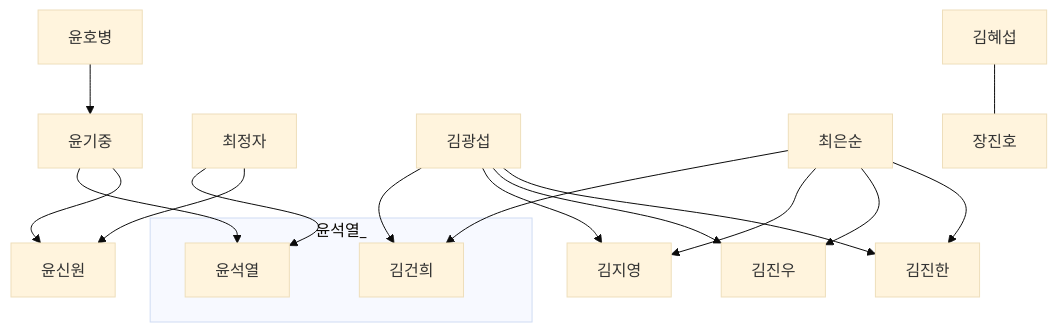
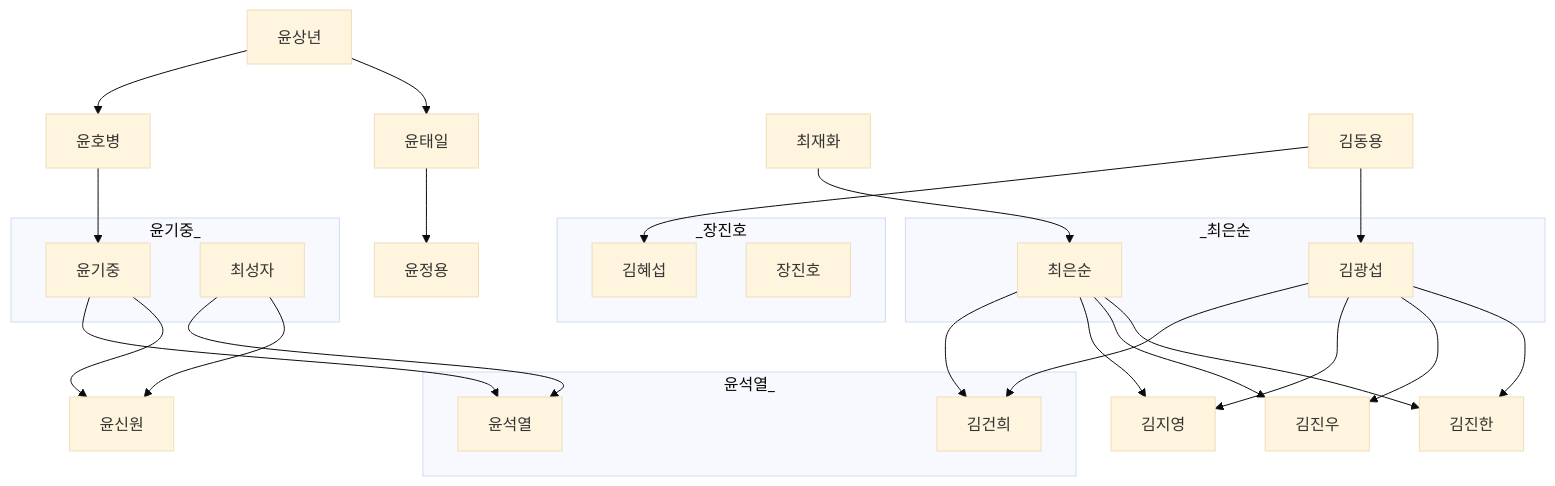
One commit to daewonyoon/historigram changed the diagram in 한국사/윤석열.md. Above: the diagram before and after it, drawn with Mermaid (base theme).

Commit message:
윤석열 업데이트

````diff
--- a/한국사/윤석열.md
+++ b/한국사/윤석열.md
@@ -1,31 +1,50 @@
 ```mermaid
 graph TB
 
-윤호병 --> 윤기중
+윤상년 --> 윤호병 --> 윤기중
+윤상년 --> 윤태일 --> 윤정용
 
 윤기중 --> 윤석열
-최정자 --> 윤석열
+최성자 --> 윤석열
 
 윤기중 --> 윤신원
-최정자 --> 윤신원
+최성자 --> 윤신원
+
+subgraph 윤기중_
+    윤기중
+    최성자
+end
 
 subgraph 윤석열_
-윤석열 
-김건희
+    윤석열 
+    김건희
 end
 
 김광섭 --> 김건희
 최은순 --> 김건희
 
 
 김광섭 --> 김지영
 최은순 --> 김지영
 
 김광섭 --> 김진우
-최은순 --> 김진우
+최재화 --> 최은순 --> 김진우
 
 김광섭 --> 김진한
 최은순 --> 김진한
 
-김혜섭 --- 장진호
+
+subgraph _최은순
+    최은순
+    김광섭
+end
+
+김동용 --> 김혜섭 
+김동용 --> 김광섭
+
+
+subgraph _장진호
+    김혜섭
+    장진호
+end
 ```
````
